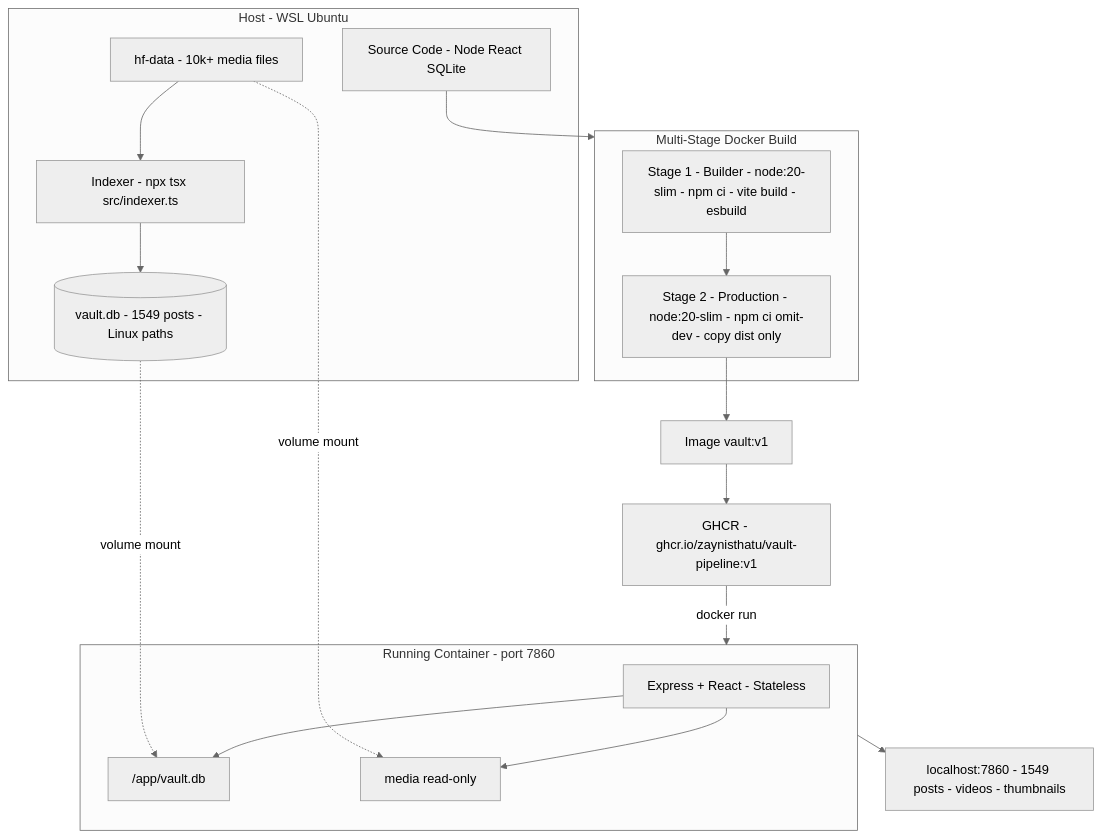
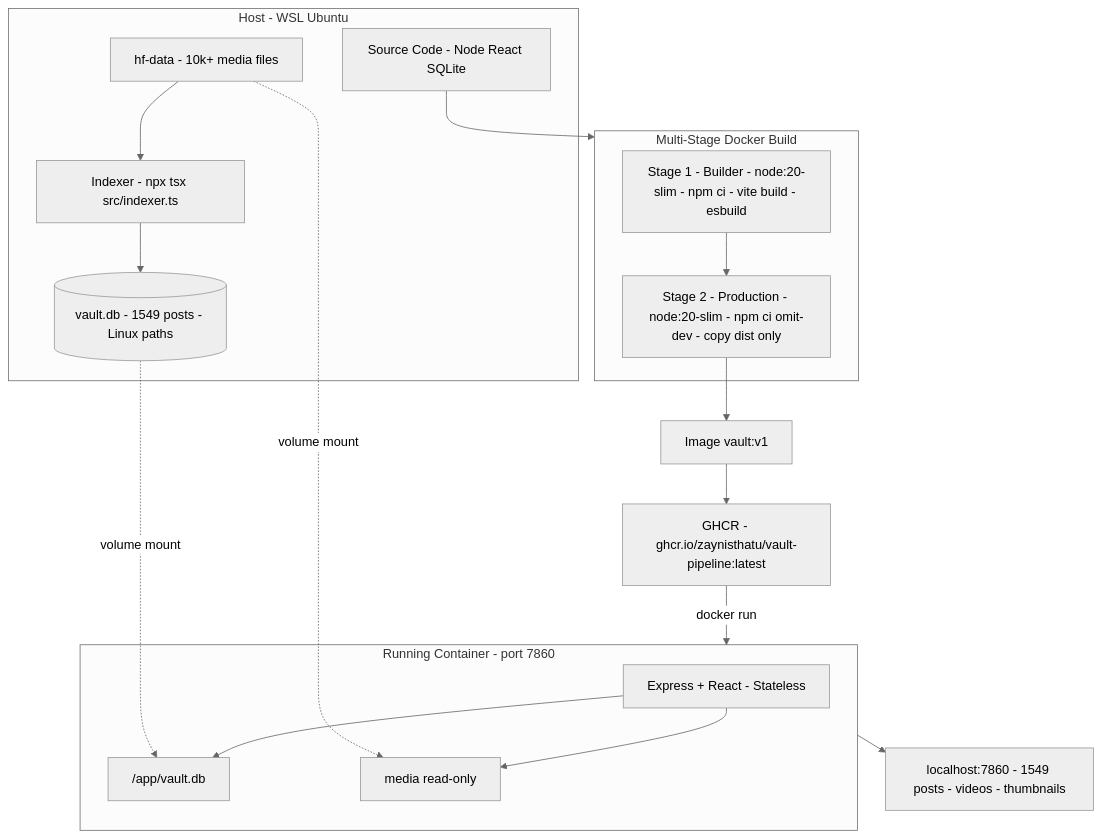
One commit to zaynisthatu/vault-pipeline changed the diagram in README.md. Above: the diagram before and after it, drawn with Mermaid (neutral theme). The commit also changed other lines of this file, not shown here.

Commit message:
docs: fix Quick Start image tag to :latest (was :v1, drifted from deployed :v5)

````diff
--- a/README.md
+++ b/README.md
@@ -56,31 +56,31 @@
 ```mermaid
 flowchart TD
     subgraph HOST ["Host - WSL Ubuntu"]
         SRC["Source Code - Node React SQLite"]
         MEDIA["hf-data - 10k+ media files"]
         IDX["Indexer - npx tsx src/indexer.ts"]
         DB[("vault.db - 1549 posts - Linux paths")]
         MEDIA --> IDX --> DB
     end
 
     subgraph BUILD ["Multi-Stage Docker Build"]
         B1["Stage 1 - Builder - node:20-slim - npm ci - vite build - esbuild"]
         B2["Stage 2 - Production - node:20-slim - npm ci omit-dev - copy dist only"]
         B1 --> B2
     end
 
     SRC --> BUILD
     B2 --> IMG["Image vault:v1"]
-    IMG --> GHCR["GHCR - ghcr.io/zaynisthatu/vault-pipeline:v1"]
+    IMG --> GHCR["GHCR - ghcr.io/zaynisthatu/vault-pipeline:latest"]
 
     subgraph CONTAINER ["Running Container - port 7860"]
         APP["Express + React - Stateless"]
         APP --> MDB["/app/vault.db"]
         APP --> MMEDIA["media read-only"]
     end
 
     GHCR -->|docker run| CONTAINER
     DB -.->|volume mount| MDB
     MEDIA -.->|volume mount| MMEDIA
     CONTAINER --> LIVE["localhost:7860 - 1549 posts - videos - thumbnails"]
 ```
````
